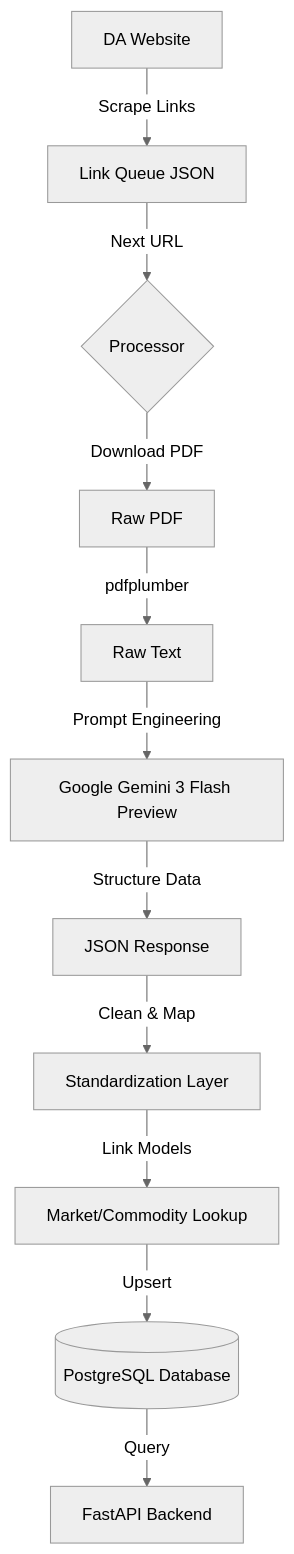
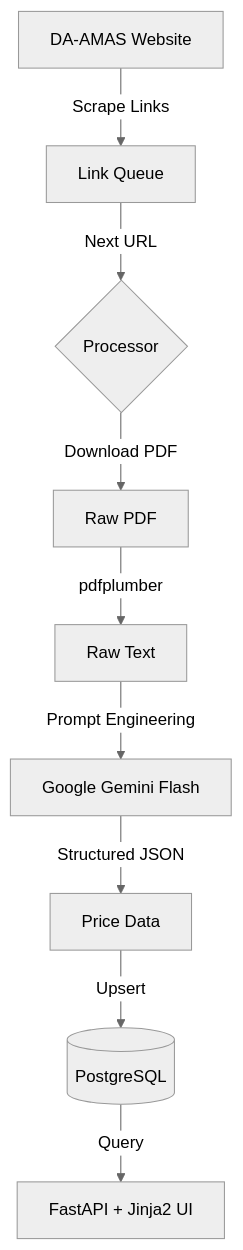
One commit to leodyversemilla07/agri-bantay-presyo changed the diagram in docs/technical_architecture.md. Above: the diagram before and after it, drawn with Mermaid (neutral theme). The commit also changed other lines of this file and 130 other files, not shown here.

````diff
--- a/docs/technical_architecture.md
+++ b/docs/technical_architecture.md
@@ -23,13 +23,11 @@
 ```mermaid
 graph TD
-    A[DA Website] -->|Scrape Links| B[Link Queue JSON]
+    A[DA-AMAS Website] -->|Scrape Links| B[Link Queue]
     B -->|Next URL| C{Processor}
     C -->|Download PDF| D[Raw PDF]
     D -->|pdfplumber| E[Raw Text]
-    E -->|Prompt Engineering| F[Google Gemini 3 Flash Preview]
-    F -->|Structure Data| G[JSON Response]
-    G -->|Clean & Map| H[Standardization Layer]
-    H -->|Link Models| I[Market/Commodity Lookup]
-    I -->|Upsert| J[(PostgreSQL Database)]
-    J -->|Query| K[FastAPI Backend]
+    E -->|Prompt Engineering| F[Google Gemini Flash]
+    F -->|Structured JSON| G[Price Data]
+    G -->|Upsert| H[(PostgreSQL)]
+    H -->|Query| I[FastAPI + Jinja2 UI]
 ```
````
